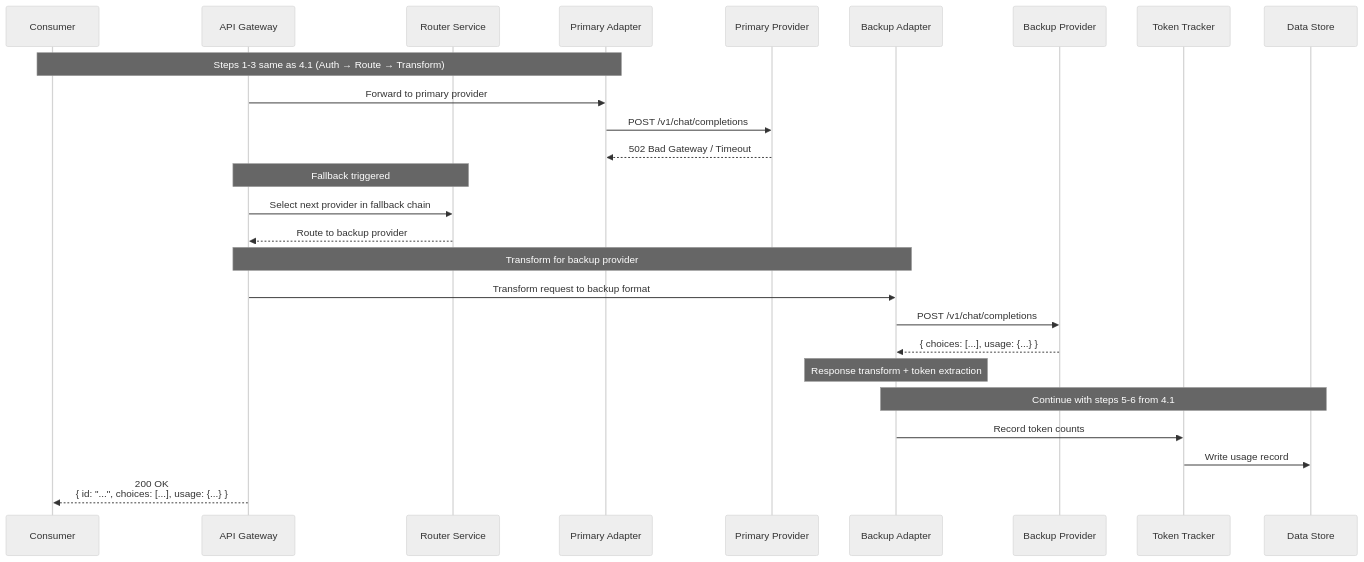
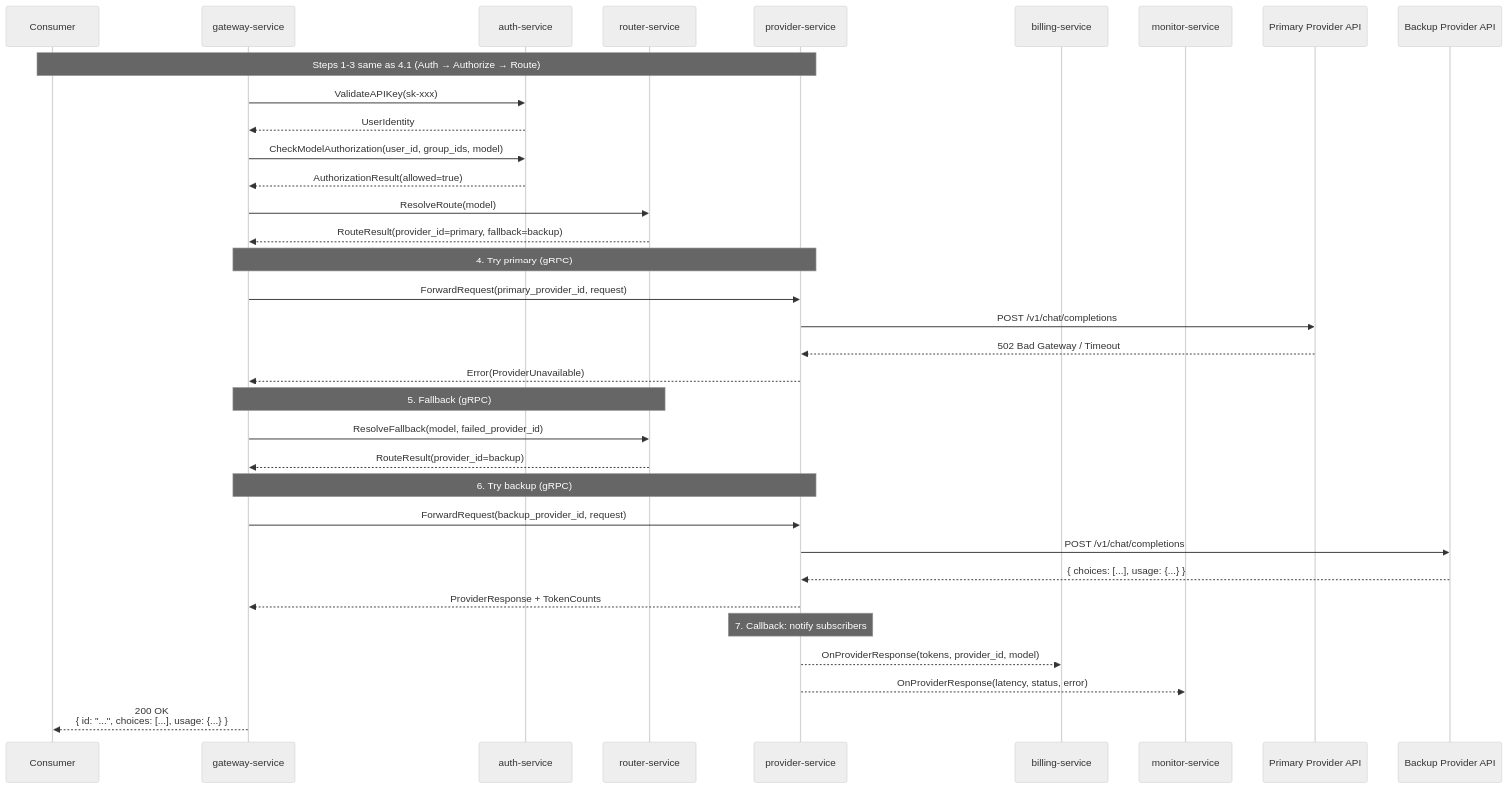
Before and after one commit to xiaozhaolhg/ai-api-gateway: the sixth of 7 diagrams in docs/architecture_design.md, drawn with Mermaid (neutral theme). The commit also changed other lines of this file and 19 other files, not shown here.

````diff
--- a/docs/architecture_design.md
+++ b/docs/architecture_design.md
@@ -324,34 +678,42 @@
 ```mermaid
 sequenceDiagram
     participant C as Consumer
-    participant GW as API Gateway
-    participant Router as Router Service
-    participant Adapter1 as Primary Adapter
-    participant Primary as Primary Provider
-    participant Adapter2 as Backup Adapter
-    participant Backup as Backup Provider
-    participant Tracker as Token Tracker
-    participant Store as Data Store
+    participant GW as gateway-service
+    participant Auth as auth-service
+    participant Router as router-service
+    participant Provider as provider-service
+    participant Billing as billing-service
+    participant Monitor as monitor-service
+    participant MP1 as Primary Provider API
+    participant MP2 as Backup Provider API
 
-    Note over C,Adapter1: Steps 1-3 same as 4.1 (Auth → Route → Transform)
-    GW->>Adapter1: Forward to primary provider
-    Adapter1->>Primary: POST /v1/chat/completions
-    Primary-->>Adapter1: 502 Bad Gateway / Timeout
+    Note over C,Provider: Steps 1-3 same as 4.1 (Auth → Authorize → Route)
+    GW->>Auth: ValidateAPIKey(sk-xxx)
+    Auth-->>GW: UserIdentity
+    GW->>Auth: CheckModelAuthorization(user_id, group_ids, model)
+    Auth-->>GW: AuthorizationResult(allowed=true)
+    GW->>Router: ResolveRoute(model)
+    Router-->>GW: RouteResult(provider_id=primary, fallback=backup)
 
-    Note over GW,Router: Fallback triggered
-    GW->>Router: Select next provider in fallback chain
-    Router-->>GW: Route to backup provider
+    Note over GW,Provider: 4. Try primary (gRPC)
+    GW->>Provider: ForwardRequest(primary_provider_id, request)
+    Provider->>MP1: POST /v1/chat/completions
+    MP1-->>Provider: 502 Bad Gateway / Timeout
+    Provider-->>GW: Error(ProviderUnavailable)
 
-    Note over GW,Adapter2: Transform for backup provider
-    GW->>Adapter2: Transform request to backup format
-    Adapter2->>Backup: POST /v1/chat/completions
-    Backup-->>Adapter2: { choices: [...], usage: {...} }
+    Note over GW,Router: 5. Fallback (gRPC)
+    GW->>Router: ResolveFallback(model, failed_provider_id)
+    Router-->>GW: RouteResult(provider_id=backup)
 
-    Note over Adapter2: Response transform + token extraction
+    Note over GW,Provider: 6. Try backup (gRPC)
+    GW->>Provider: ForwardRequest(backup_provider_id, request)
+    Provider->>MP2: POST /v1/chat/completions
+    MP2-->>Provider: { choices: [...], usage: {...} }
+    Provider-->>GW: ProviderResponse + TokenCounts
 
-    Note over Adapter2,Store: Continue with steps 5-6 from 4.1
-    Adapter2->>Tracker: Record token counts
-    Tracker->>Store: Write usage record
+    Note over Provider: 7. Callback: notify subscribers
+    Provider-->>Billing: OnProviderResponse(tokens, provider_id, model)
+    Provider-->>Monitor: OnProviderResponse(latency, status, error)
 
     GW-->>C: 200 OK<br/>{ id: "...", choices: [...], usage: {...} }
 ```
````
